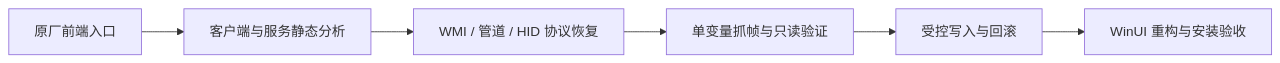
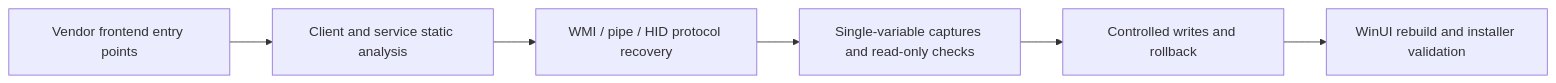
The diagram in README.md (Memories-white/XiaomiGProControl), drawn with Mermaid before and after one commit. The commit also changed other lines of this file and 2 other files, not shown here.

````diff
--- a/README.md
+++ b/README.md
@@ -118,8 +128,8 @@
 ```mermaid
 flowchart LR
-    A[原厂前端入口] --> B[客户端与服务静态分析]
-    B --> C[WMI / 管道 / HID 协议恢复]
-    C --> D[单变量抓帧与只读验证]
-    D --> E[受控写入与回滚]
-    E --> F[WinUI 重构与安装验收]
+    A[Vendor frontend entry points] --> B[Client and service static analysis]
+    B --> C[WMI / pipe / HID protocol recovery]
+    C --> D[Single-variable captures and read-only checks]
+    D --> E[Controlled writes and rollback]
+    E --> F[WinUI rebuild and installer validation]
 ```
````
